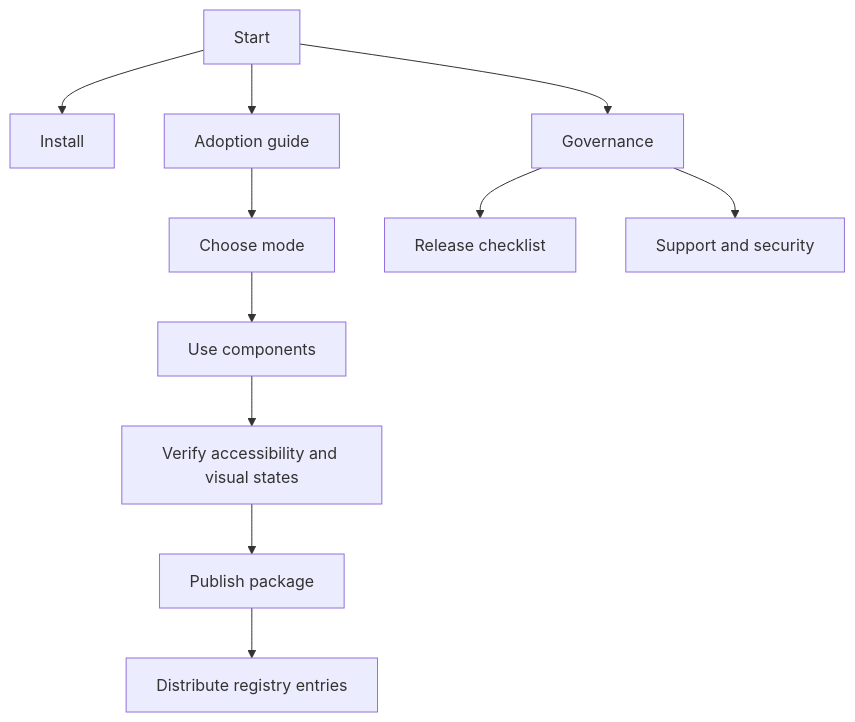
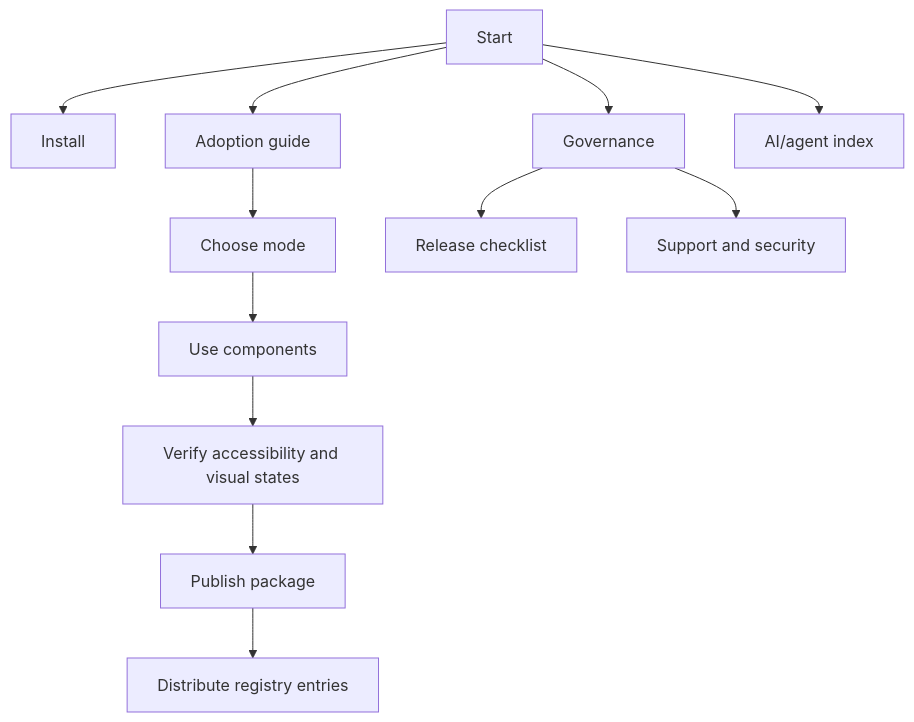
One commit to clean99/liquid-glass changed the diagram in docs/index.md. Above: the diagram before and after it, drawn with Mermaid. The commit also changed other lines of this file and 11 other files, not shown here.

````diff
--- a/docs/index.md
+++ b/docs/index.md
@@ -23,14 +25,15 @@
 ```mermaid
 flowchart TD
   A["Start"] --> B["Install"]
   A --> C["Adoption guide"]
   C --> D["Choose mode"]
   D --> E["Use components"]
   E --> F["Verify accessibility and visual states"]
   F --> G["Publish package"]
   G --> K["Distribute registry entries"]
 
   A --> H["Governance"]
   H --> I["Release checklist"]
   H --> J["Support and security"]
+  A --> L["AI/agent index"]
 ```
````
